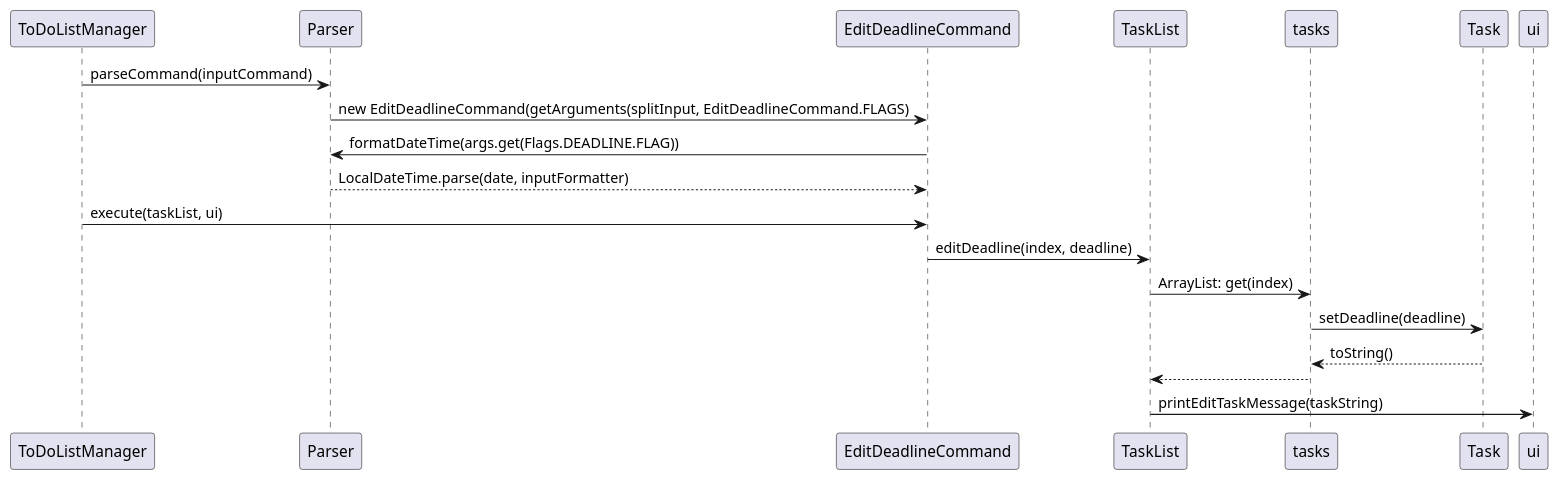
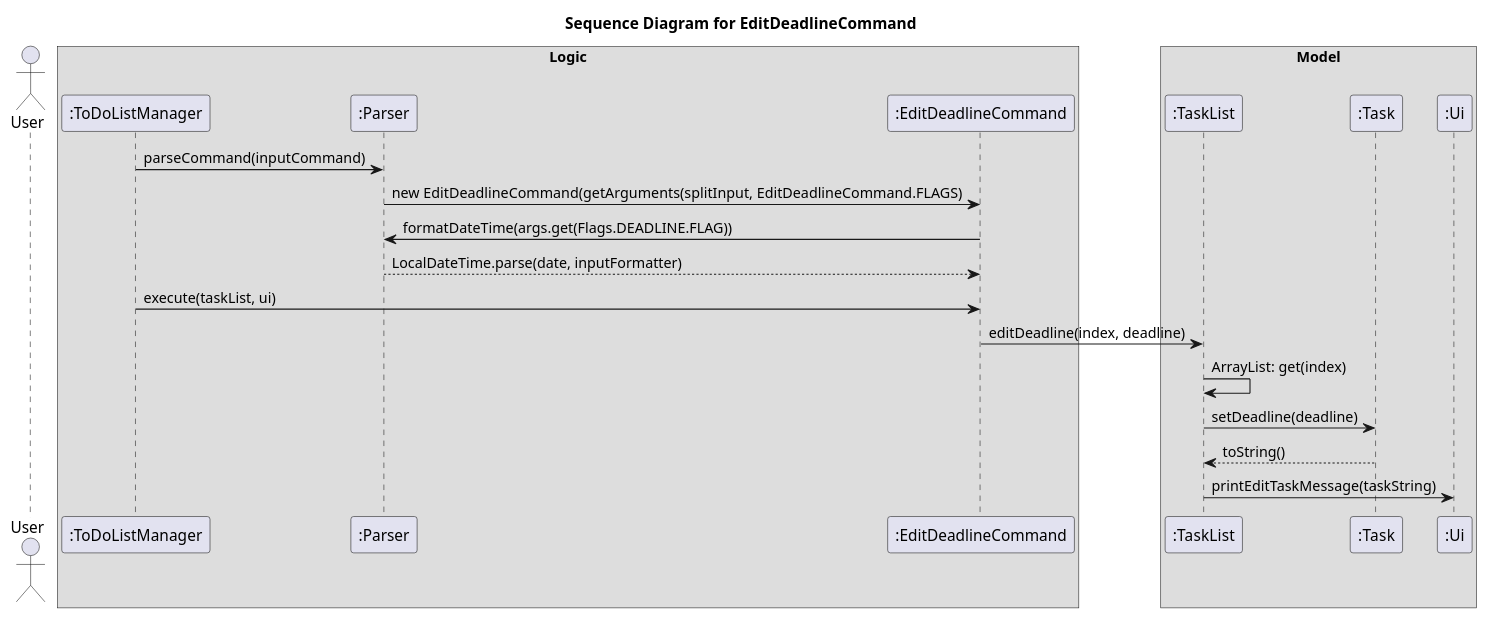
One commit to nus-cs2113-AY2223S2/tp changed the diagram in docs/diagrams/EditDeadlineCommandSequence.puml. Above: the diagram before and after it, drawn with PlantUML. The commit also changed 3 other files, not shown here.

Commit message:
Edited Sequence Diagram Exported as PNG instead and changed filepath in DG

```diff
--- a/docs/diagrams/EditDeadlineCommandSequence.puml
+++ b/docs/diagrams/EditDeadlineCommandSequence.puml
@@ -1,16 +1,29 @@
 @startuml
 'https://plantuml.com/sequence-diagram
 
+title Sequence Diagram for EditDeadlineCommand
+
+actor User
+
+box Logic
+participant ":ToDoListManager" as ToDoListManager
+participant ":Parser" as Parser
+participant ":EditDeadlineCommand" as EditDeadlineCommand
+end box
+
+box Model
+participant ":TaskList" as TaskList
+participant ":Task" as Task
+participant ":Ui" as Ui
 
 ToDoListManager -> Parser: parseCommand(inputCommand)
 Parser -> EditDeadlineCommand: new EditDeadlineCommand(getArguments(splitInput, EditDeadlineCommand.FLAGS)
 EditDeadlineCommand -> Parser: formatDateTime(args.get(Flags.DEADLINE.FLAG))
 Parser --> EditDeadlineCommand: LocalDateTime.parse(date, inputFormatter)
 ToDoListManager -> EditDeadlineCommand: execute(taskList, ui)
 EditDeadlineCommand -> TaskList: editDeadline(index, deadline)
-TaskList -> tasks:ArrayList: get(index)
-tasks -> Task: setDeadline(deadline)
-Task --> tasks: toString()
-tasks --> TaskList
-TaskList -> ui: printEditTaskMessage(taskString)
+TaskList -> TaskList:ArrayList: get(index)
+TaskList -> Task: setDeadline(deadline)
+Task --> TaskList: toString()
+TaskList -> Ui: printEditTaskMessage(taskString)
 @enduml
```
